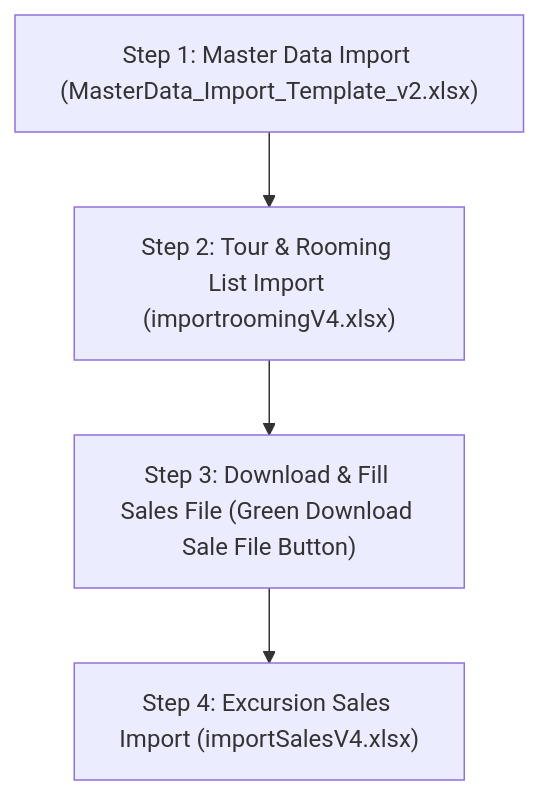
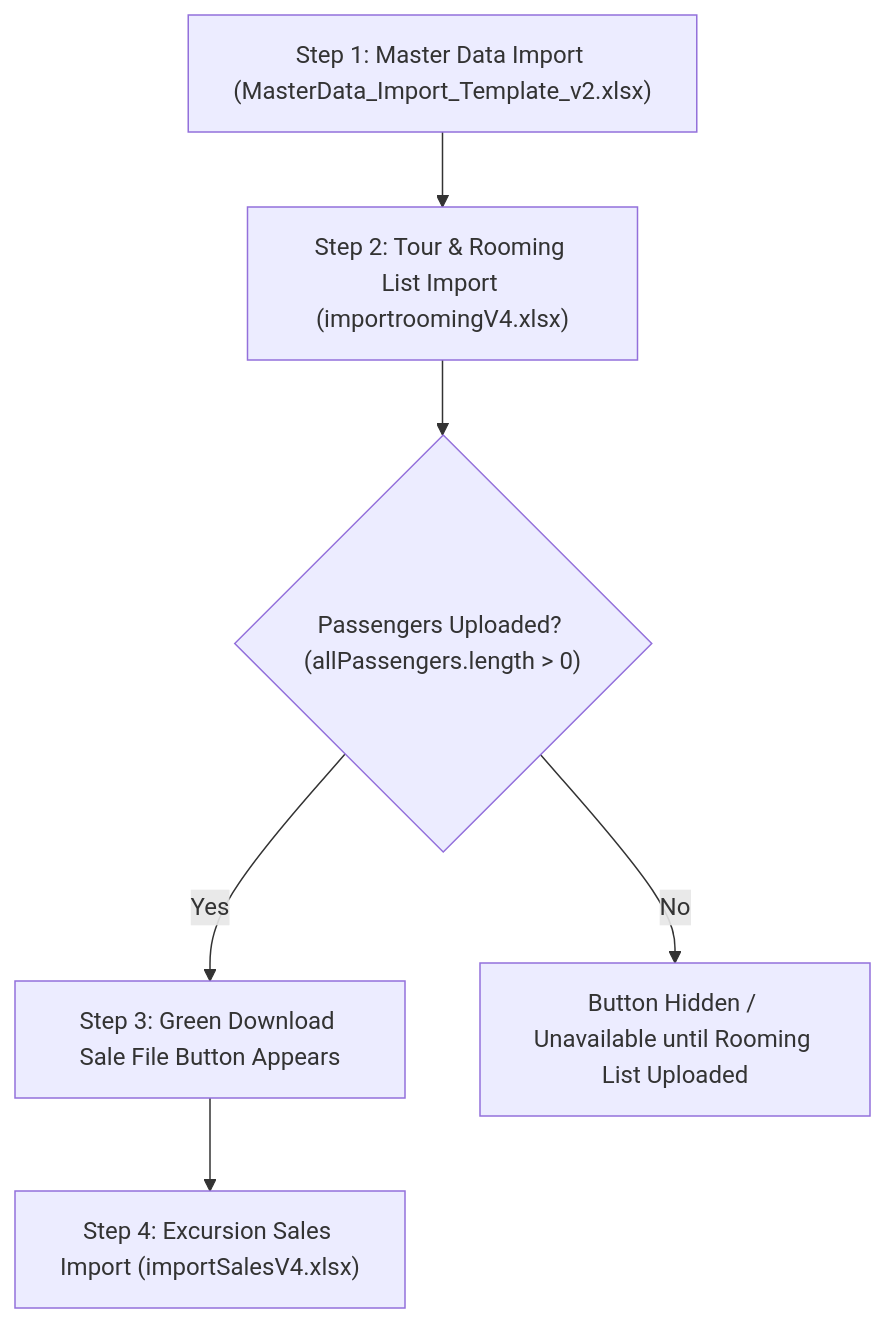
The diagram in UserManuals/EXCEL_IMPORT_WORKFLOW_GUIDE.md (GErsenCelebi/UNO_ERP), drawn with Mermaid before and after one commit. The commit also changed other lines of this file and 1 other file, not shown here.

Commit message:
docs(ai): Add green button rooming list prerequisite and detailed passenger pre-population rules to EXCEL_IMPORT_WORKFLOW_GUIDE.md

````diff
--- a/UserManuals/EXCEL_IMPORT_WORKFLOW_GUIDE.md
+++ b/UserManuals/EXCEL_IMPORT_WORKFLOW_GUIDE.md
@@ -19,6 +19,8 @@
 ```mermaid
 flowchart TD
     A["Step 1: Master Data Import (MasterData_Import_Template_v2.xlsx)"] --> B["Step 2: Tour & Rooming List Import (importroomingV4.xlsx)"]
-    B --> C["Step 3: Download & Fill Sales File (Green Download Sale File Button)"]
-    C --> D["Step 4: Excursion Sales Import (importSalesV4.xlsx)"]
+    B --> C{"Passengers Uploaded? (allPassengers.length > 0)"}
+    C -- Yes --> D["Step 3: Green Download Sale File Button Appears"]
+    C -- No --> E["Button Hidden / Unavailable until Rooming List Uploaded"]
+    D --> F["Step 4: Excursion Sales Import (importSalesV4.xlsx)"]
 ```
````
